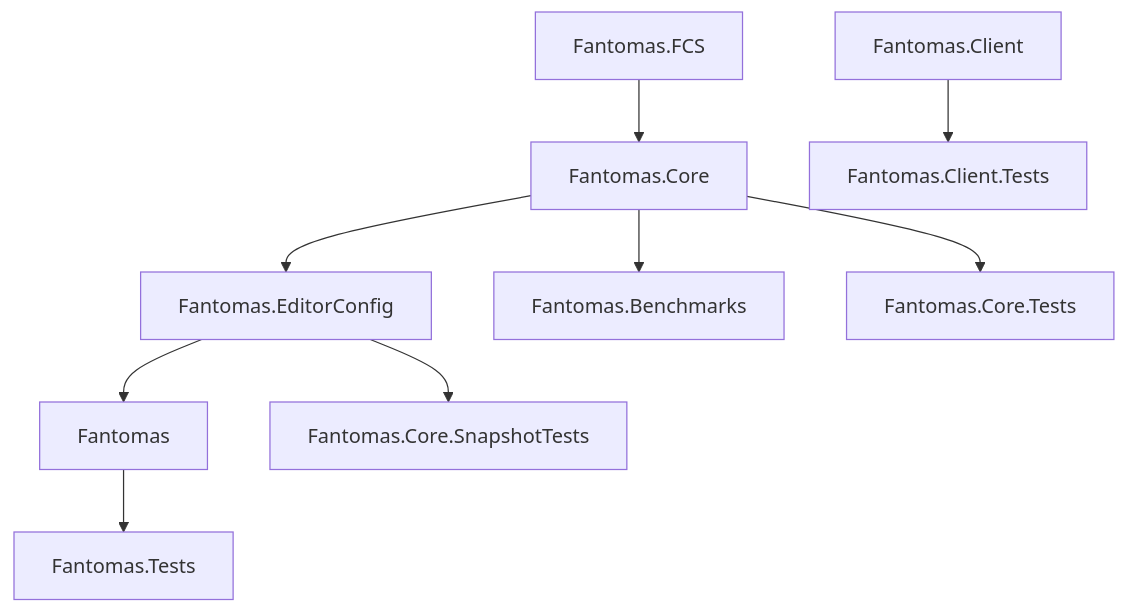
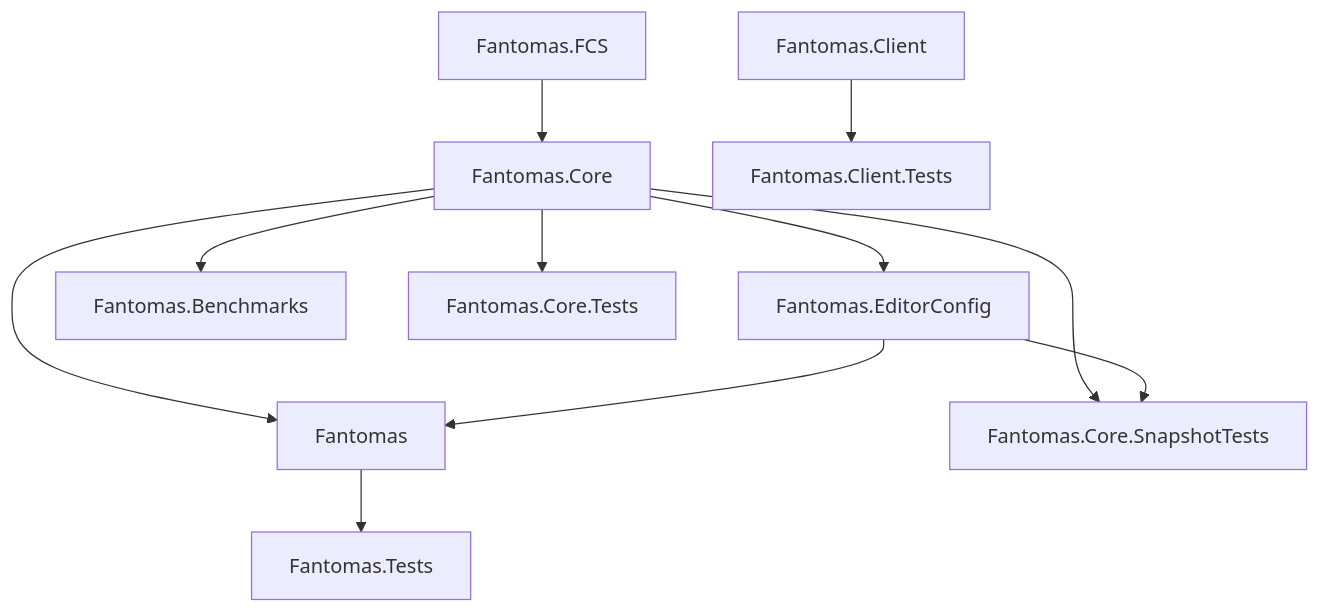
The diagram in docs/docs/contributors/Solution Structure.md (fsprojects/fantomas), drawn with Mermaid before and after one commit. The commit also changed 5 other files, not shown here.

````diff
--- a/docs/docs/contributors/Solution Structure.md
+++ b/docs/docs/contributors/Solution Structure.md
@@ -11,11 +11,13 @@
 ```mermaid
 graph TD
     A[Fantomas.FCS] --> B
     B[Fantomas.Core] --> J[Fantomas.EditorConfig]
-    J --> C[Fantomas]
+    B --> C[Fantomas]
+    J --> C
     B --> D[Fantomas.Benchmarks]
     B --> E[Fantomas.Core.Tests]
-    J --> I[Fantomas.Core.SnapshotTests]
+    B --> I[Fantomas.Core.SnapshotTests]
+    J --> I
     C --> F[Fantomas.Tests]
     G[Fantomas.Client] --> H[Fantomas.Client.Tests]
 ```
````
